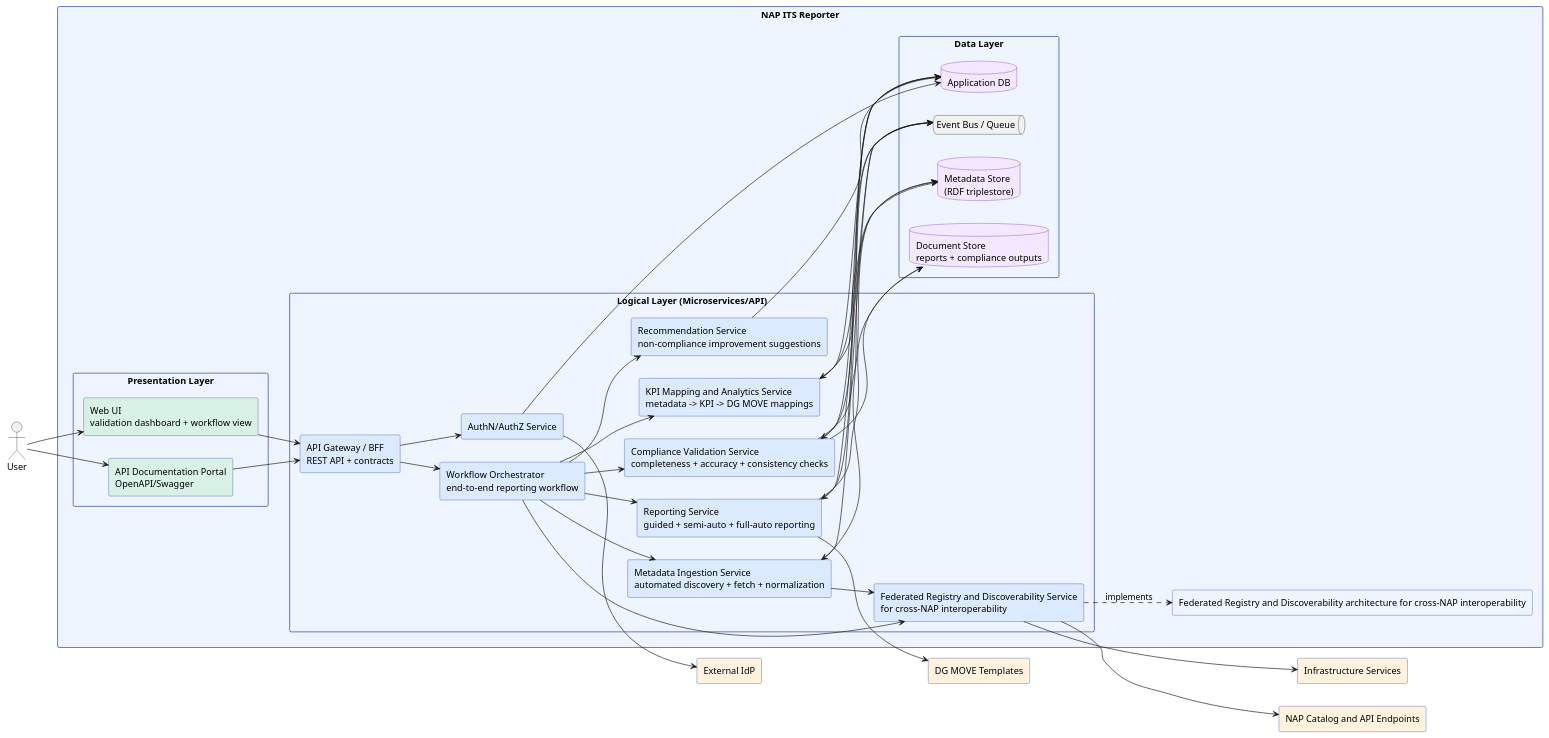
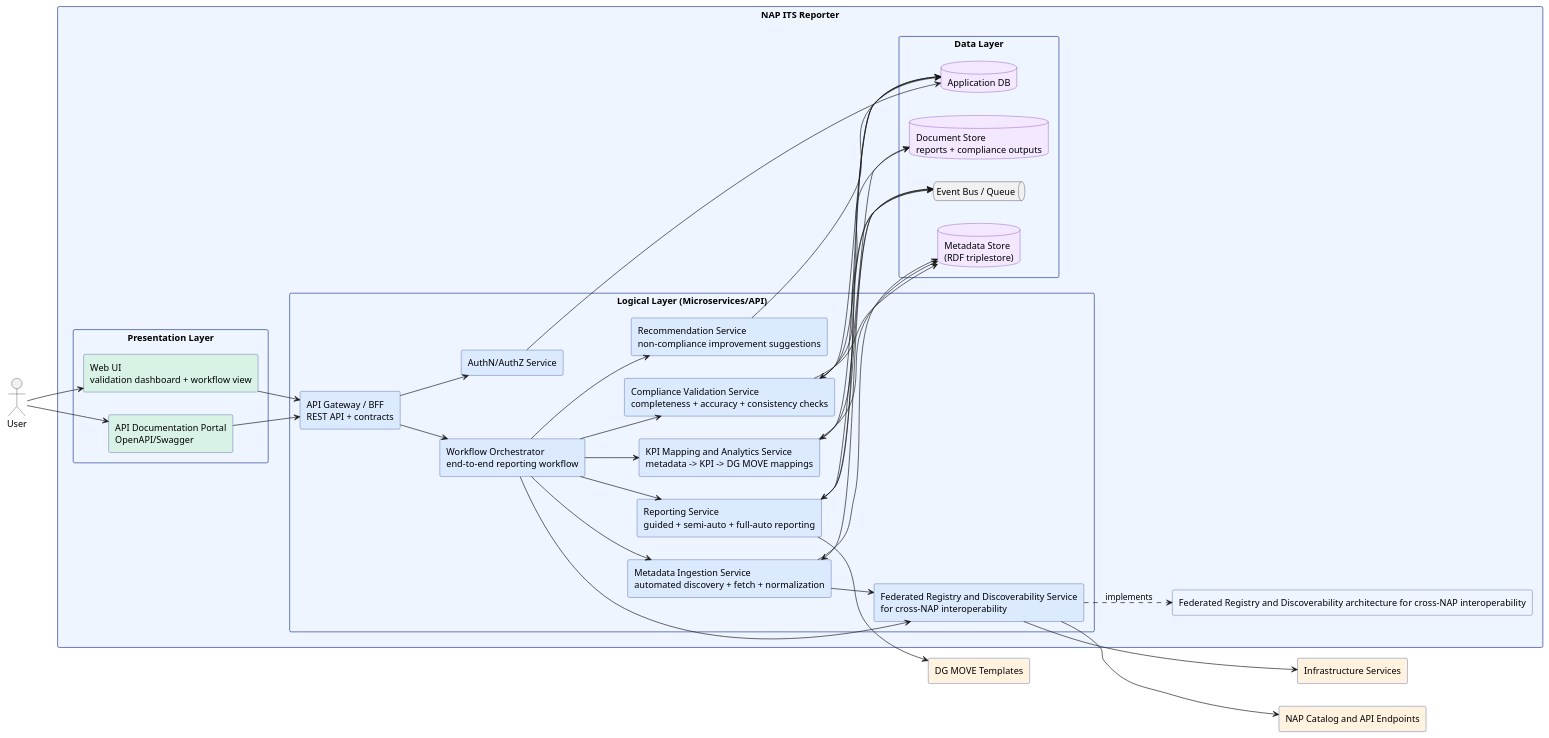
One commit to UM-KGPI/Napcore-ITS-Reporting changed the diagram in docs/architecture/puml/container.puml. Above: the diagram before and after it, drawn with PlantUML. The commit also changed 5 other files, not shown here.

Commit message:
Remove external identity provider from architecture views

```diff
--- a/docs/architecture/puml/container.puml
+++ b/docs/architecture/puml/container.puml
@@ -1,88 +1,86 @@
 @startuml
 ' Container Diagram (Level 2)
 skinparam shadowing false
 skinparam componentStyle rectangle
 skinparam packageStyle rectangle
 left to right direction
 
 skinparam rectangle {
   BackgroundColor #eef5ff
   BorderColor #1f3a93
 }
 skinparam database {
   BackgroundColor #f3e8ff
   BorderColor #6b21a8
 }
 
 actor "User" as USER
 
 package "NAP ITS Reporter" {
   rectangle "Federated Registry and Discoverability architecture for cross-NAP interoperability" as PATTERN #eef5ff
 
   package "Presentation Layer" {
     rectangle "Web UI\nvalidation dashboard + workflow view" as UI #d9f2e6
     rectangle "API Documentation Portal\nOpenAPI/Swagger" as APIDOC #d9f2e6
   }
 
   package "Logical Layer (Microservices/API)" {
     rectangle "API Gateway / BFF\nREST API + contracts" as BFF #dbeafe
     rectangle "Metadata Ingestion Service\nautomated discovery + fetch + normalization" as ING #dbeafe
     rectangle "Federated Registry and Discoverability Service\nfor cross-NAP interoperability" as REGDISC #dbeafe
     rectangle "Compliance Validation Service\ncompleteness + accuracy + consistency checks" as VAL #dbeafe
     rectangle "KPI Mapping and Analytics Service\nmetadata -> KPI -> DG MOVE mappings" as KPI #dbeafe
     rectangle "Reporting Service\nguided + semi-auto + full-auto reporting" as REP #dbeafe
     rectangle "Recommendation Service\nnon-compliance improvement suggestions" as REC #dbeafe
     rectangle "Workflow Orchestrator\nend-to-end reporting workflow" as WF #dbeafe
     rectangle "AuthN/AuthZ Service" as IAM #dbeafe
   }
 
   package "Data Layer" {
     database "Metadata Store\n(RDF triplestore)" as META
     database "Application DB" as APPDB
     database "Document Store\nreports + compliance outputs" as DOCS
     queue "Event Bus / Queue" as MQ
   }
 }
 
 rectangle "NAP Catalog and API Endpoints" as NAP #fff3e0
 rectangle "Infrastructure Services" as INFRA #fff3e0
 rectangle "DG MOVE Templates" as DGT #fff3e0
-rectangle "External IdP" as IDP #fff3e0
 
 USER --> UI
 UI --> BFF
 USER --> APIDOC
 APIDOC --> BFF
 BFF --> IAM
 BFF --> WF
 
 WF --> ING
 WF --> REGDISC
 WF --> VAL
 WF --> KPI
 WF --> REP
 WF --> REC
 
 ING --> REGDISC
 REGDISC ..> PATTERN : implements
 REGDISC --> NAP
 REGDISC --> INFRA
 ING --> META
 VAL --> META
 VAL --> APPDB
 VAL --> DOCS
 KPI --> META
 KPI --> APPDB
 REP --> DGT
 REP --> DOCS
 REP --> APPDB
 REC --> APPDB
 
 ING <--> MQ
 VAL <--> MQ
 KPI <--> MQ
 REP <--> MQ
 
-IAM --> IDP
 IAM --> APPDB
 @enduml
```
